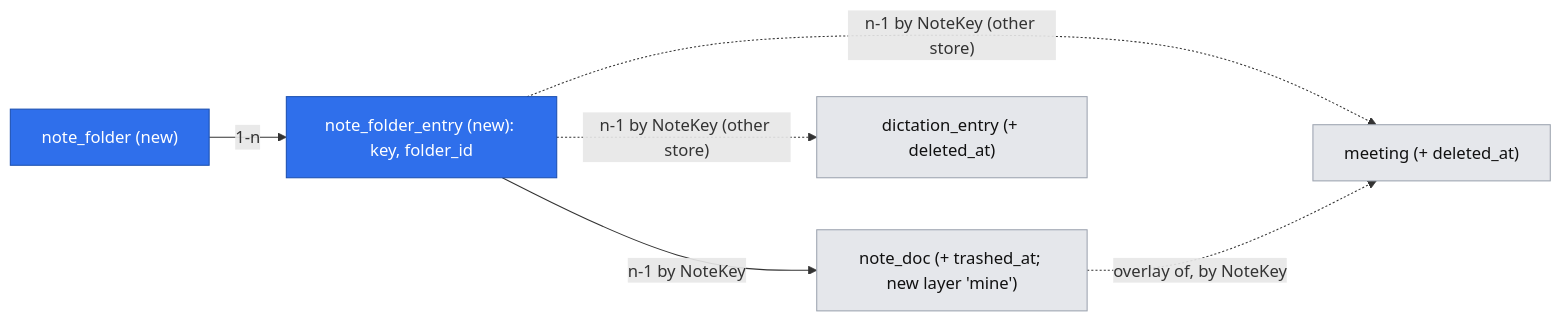
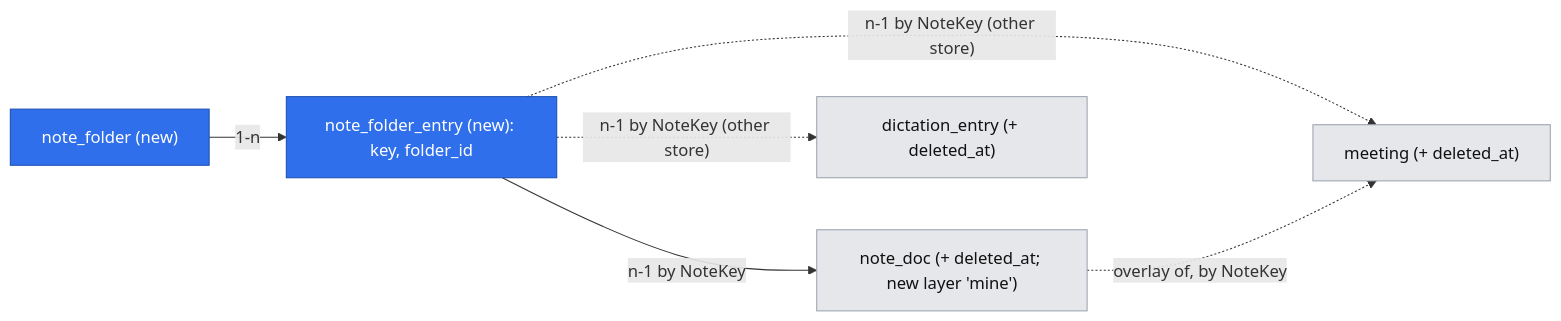
The second of 2 diagrams in .ai/specs/2026-11-24-notes-explorer-main-window.md (mjozefiak/lintel), drawn with Mermaid before and after one commit. The commit also changed other lines of this file, not shown here.

First line of the commit message:
docs(specs): apply owner decisions on Recently Deleted and own the shared trash contract

````diff
--- a/.ai/specs/2026-11-24-notes-explorer-main-window.md
+++ b/.ai/specs/2026-11-24-notes-explorer-main-window.md
@@ -143,15 +159,15 @@
 ```mermaid
 flowchart LR
     classDef newEntity fill:#2f6feb,color:#fff,stroke:#1b4fb0
     classDef existingEntity fill:#e5e7eb,color:#111,stroke:#9ca3af
     entity_1["note_folder (new)"]:::newEntity
     entity_2["note_folder_entry (new): key, folder_id"]:::newEntity
-    entity_3["note_doc (+ trashed_at; new layer 'mine')"]:::existingEntity
+    entity_3["note_doc (+ deleted_at; new layer 'mine')"]:::existingEntity
     entity_4["meeting (+ deleted_at)"]:::existingEntity
     entity_5["dictation_entry (+ deleted_at)"]:::existingEntity
     entity_1 -->|1-n| entity_2
     entity_2 -->|"n-1 by NoteKey"| entity_3
     entity_2 -.->|"n-1 by NoteKey (other store)"| entity_4
     entity_2 -.->|"n-1 by NoteKey (other store)"| entity_5
     entity_3 -.->|"overlay of, by NoteKey"| entity_4
 ```
````
